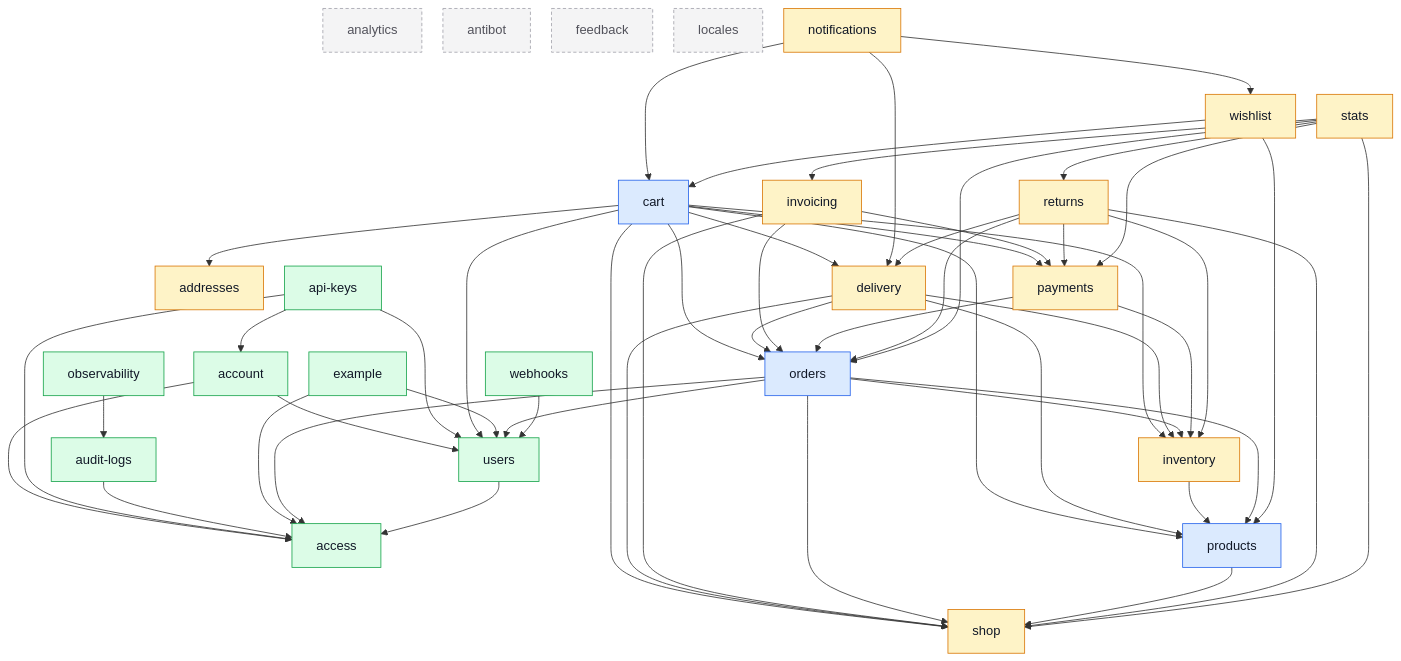
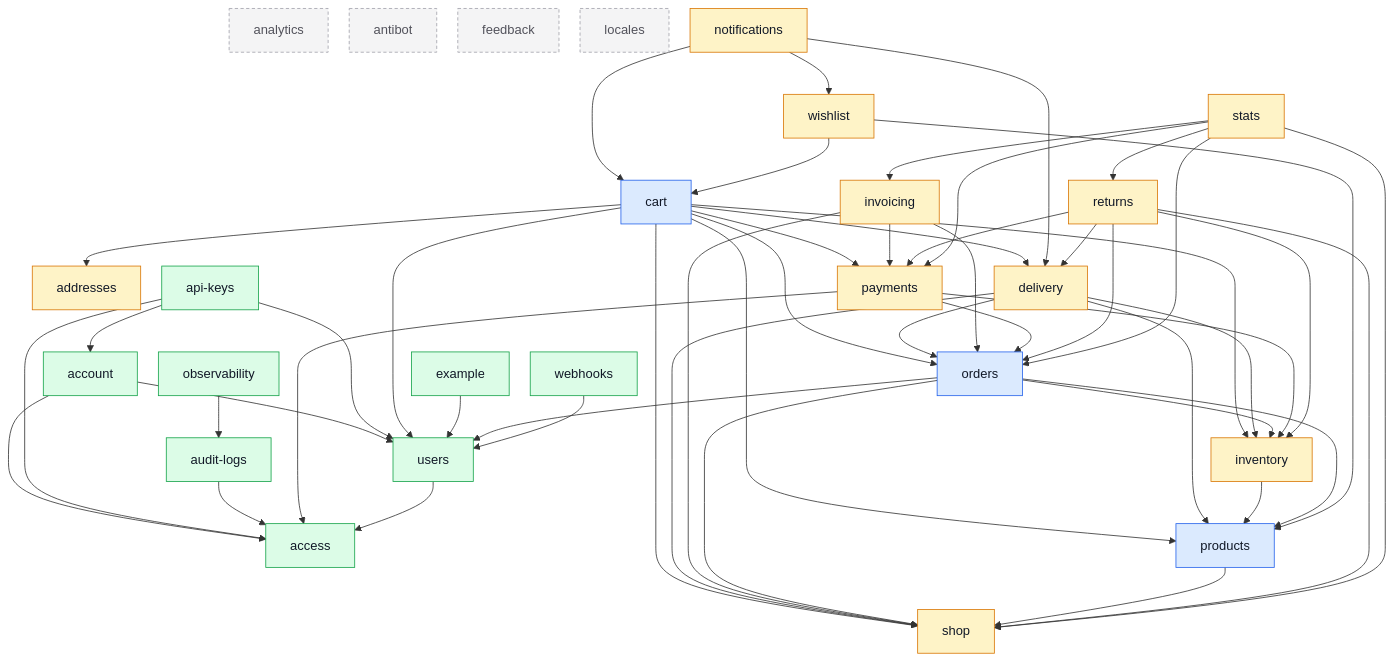
Before and after one commit to Guebbit/boilerplate-node-backend: the diagram in docs/modules/index.md, drawn with Mermaid. The commit also changed other lines of this file and 104 other files, not shown here.

```diff
--- a/docs/modules/index.md
+++ b/docs/modules/index.md
@@ -84,7 +84,6 @@
     delivery --> orders
     delivery --> products
     delivery --> shop
-    example --> access
     example --> users
     inventory --> products
     invoicing --> orders
@@ -94,11 +93,11 @@
     notifications --> delivery
     notifications --> wishlist
     observability --> audit_logs
-    orders --> access
     orders --> inventory
     orders --> products
     orders --> shop
     orders --> users
+    payments --> access
     payments --> inventory
     payments --> orders
     products --> shop
```
